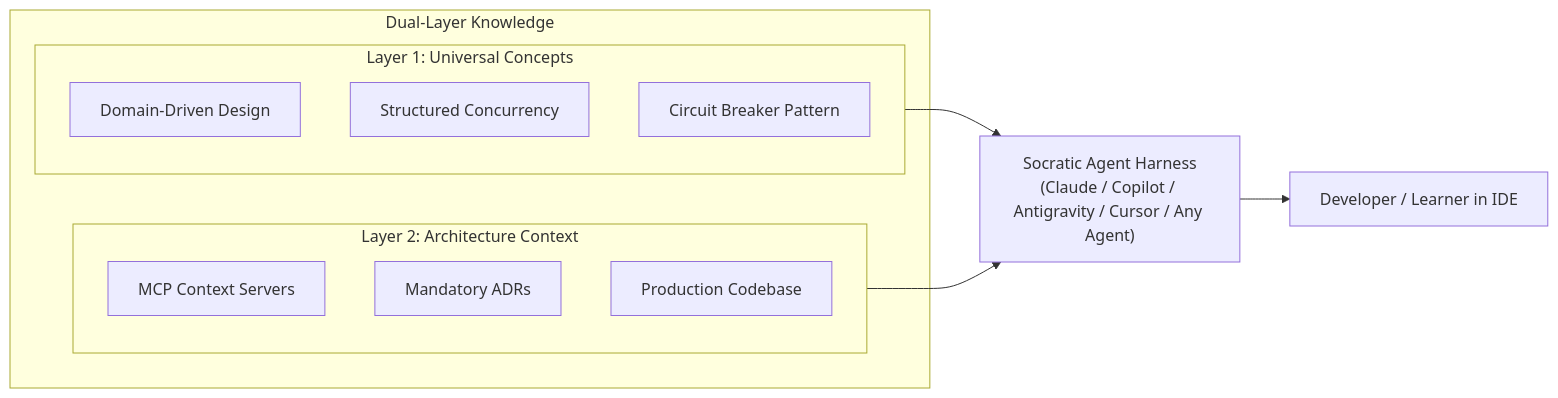
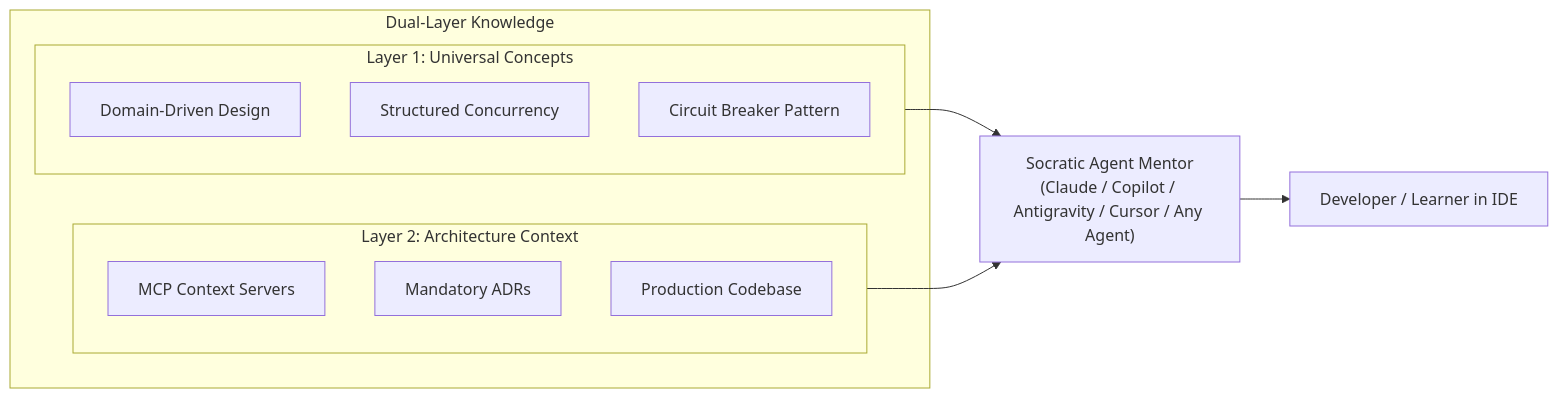
One commit to hugomsm/speclearn changed the second of 2 diagrams in README.md. Above: the diagram before and after it, drawn with Mermaid. The commit also changed other lines of this file and 26 other files, not shown here.

````diff
--- a/README.md
+++ b/README.md
@@ -119,18 +119,18 @@
 ```mermaid
 graph LR
     subgraph DLK["Dual-Layer Knowledge"]
         subgraph L1["Layer 1: Universal Concepts"]
             C1["Domain-Driven Design"]
             C2["Structured Concurrency"]
             C3["Circuit Breaker Pattern"]
         end
         subgraph L2["Layer 2: Architecture Context"]
             A1["MCP Context Servers"]
             A2["Mandatory ADRs"]
             A3["Production Codebase"]
         end
     end
-    L1 --> AGENT["Socratic Agent Harness\n(Claude / Copilot / Antigravity / Cursor / Any Agent)"]
+    L1 --> AGENT["Socratic Agent Mentor\n(Claude / Copilot / Antigravity / Cursor / Any Agent)"]
     L2 --> AGENT
     AGENT --> LEARNER["Developer / Learner in IDE"]
 ```
````
